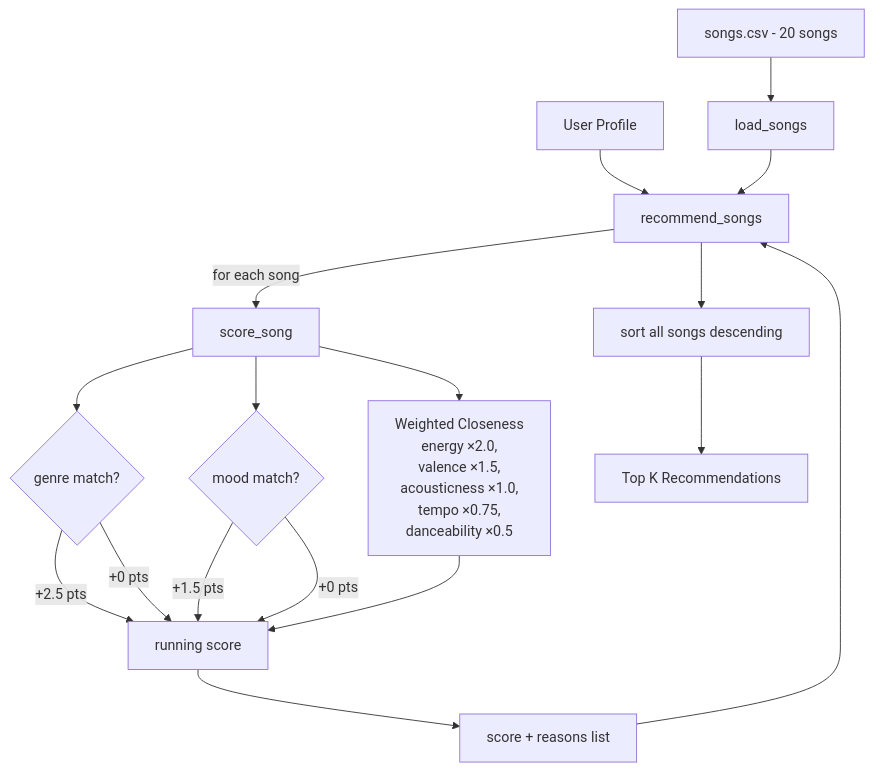
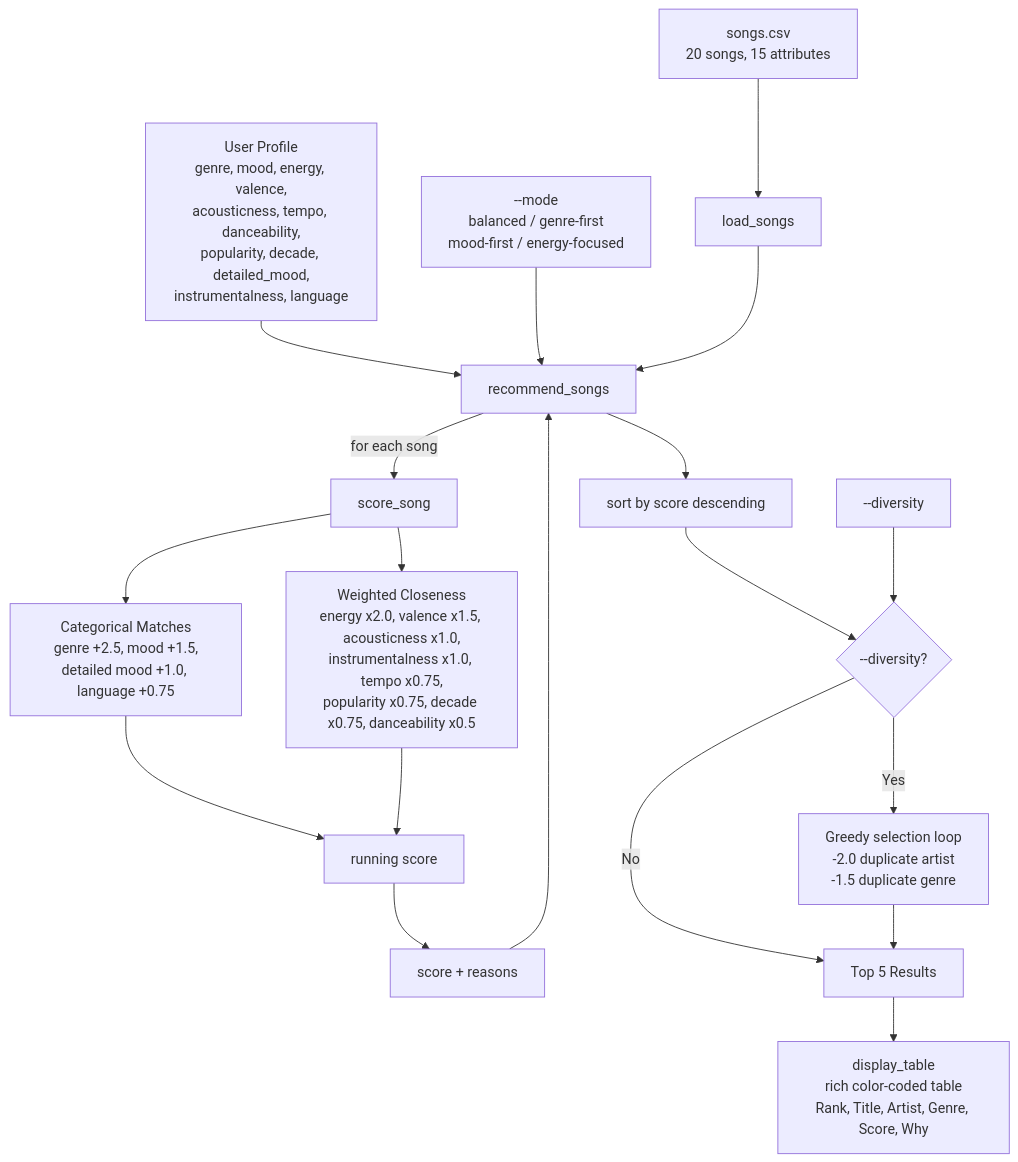
Before and after one commit to bbdevelops/applied-ai-system-project: the diagram in README.md, drawn with Mermaid. The commit also changed other lines of this file and 8 other files, not shown here.

````diff
--- a/README.md
+++ b/README.md
@@ -90,19 +90,32 @@
 ```mermaid
 flowchart TD
-    A[User Profile] --> D
-    B[songs.csv - 20 songs] --> C[load_songs]
-    C --> D[recommend_songs]
-    D -->|for each song| E[score_song]
-    E --> F{genre match?}
-    F -->|+2.5 pts| I[running score]
-    F -->|+0 pts| I
-    E --> G{mood match?}
-    G -->|+1.5 pts| I
-    G -->|+0 pts| I
-    E --> H["Weighted Closeness<br/>energy ×2.0, <br/>valence ×1.5,<br/>acousticness ×1.0, <br/> tempo ×0.75,<br/> danceability ×0.5"]
-    H --> I
-    I --> J[score + reasons list]
-    J --> D
-    D --> K[sort all songs descending]
-    K --> L[Top K Recommendations]
+    UP["User Profile<br/>genre, mood, energy, valence,<br/>acousticness, tempo, danceability,<br/>popularity, decade, detailed_mood,<br/>instrumentalness, language"]
+    CSV["songs.csv<br/>20 songs, 15 attributes"]
+    MODE["--mode<br/>balanced / genre-first<br/>mood-first / energy-focused"]
+    DF["--diversity"]
+
+    CSV --> LS[load_songs]
+    UP --> RS
+    MODE --> RS
+    LS --> RS[recommend_songs]
+
+    RS -->|for each song| SS[score_song]
+
+    SS --> CAT["Categorical Matches<br/>genre +2.5, mood +1.5,<br/>detailed mood +1.0, language +0.75"]
+    CAT --> SC[running score]
+
+    SS --> WC["Weighted Closeness<br/>energy x2.0, valence x1.5, acousticness x1.0,<br/>instrumentalness x1.0, tempo x0.75,<br/>popularity x0.75, decade x0.75, danceability x0.5"]
+    WC --> SC
+
+    SC --> SRL["score + reasons"]
+    SRL --> RS
+
+    RS --> SORT["sort by score descending"]
+    SORT --> DIVQ{"--diversity?"}
+    DF --> DIVQ
+    DIVQ -->|No| TOP["Top 5 Results"]
+    DIVQ -->|Yes| GREEDY["Greedy selection loop<br/>-2.0 duplicate artist<br/>-1.5 duplicate genre"]
+    GREEDY --> TOP
+
+    TOP --> DT["display_table<br/>rich color-coded table<br/>Rank, Title, Artist, Genre, Score, Why"]
 ```
````
